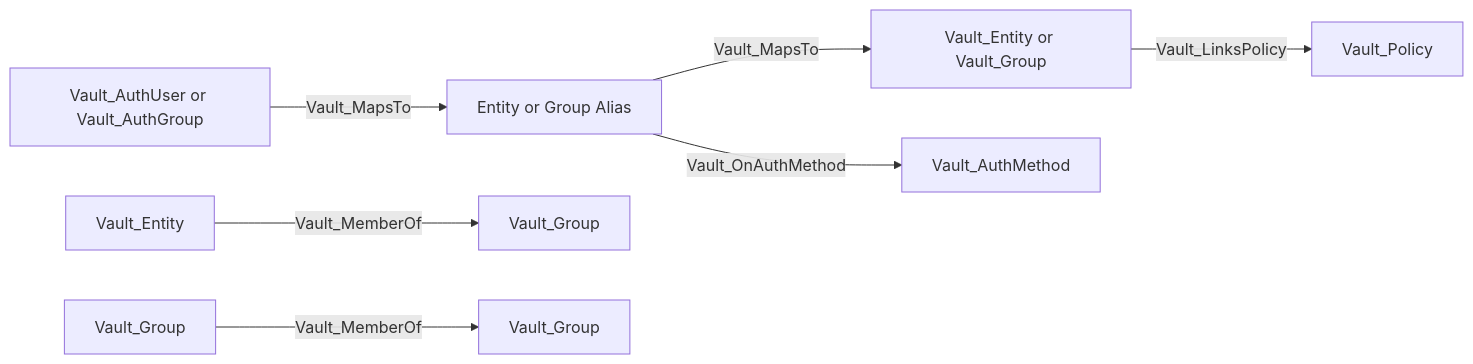
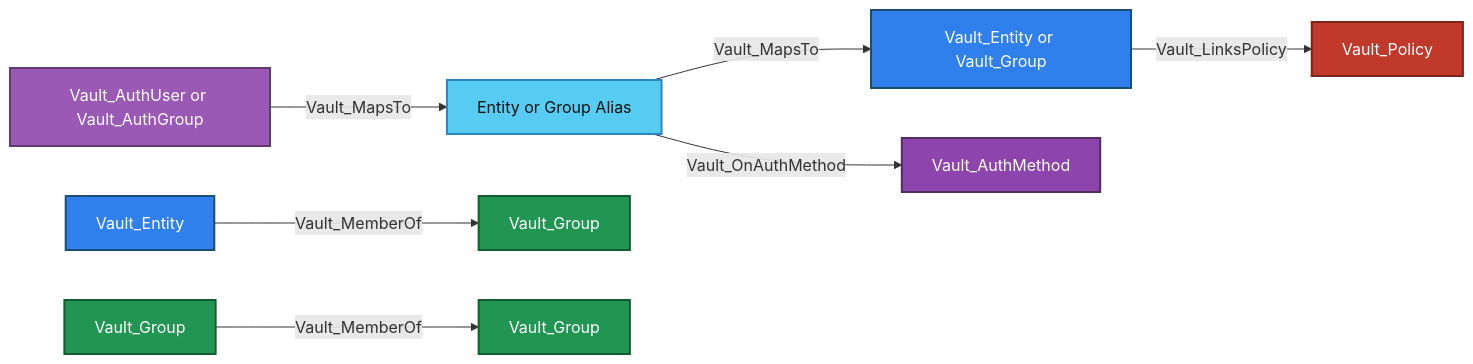
The second of 11 diagrams in Documentation/stores/IDENTITY.md (bytewreck/opengraph-vault), drawn with Mermaid before and after one commit. The commit also changed other lines of this file and 4 other files, not shown here.

````diff
--- a/Documentation/stores/IDENTITY.md
+++ b/Documentation/stores/IDENTITY.md
@@ -33,9 +41,17 @@
 ```mermaid
 flowchart LR
-    principal[Vault_AuthUser or Vault_AuthGroup] -->|Vault_MapsTo| alias[Entity or Group Alias]
-    alias -->|Vault_MapsTo| identity[Vault_Entity or Vault_Group]
-    alias -->|Vault_OnAuthMethod| method[Vault_AuthMethod]
-    entity[Vault_Entity] -->|Vault_MemberOf| group[Vault_Group]
-    child[Vault_Group] -->|Vault_MemberOf| parent[Vault_Group]
-    identity -->|Vault_LinksPolicy| policy[Vault_Policy]
+    principal[Vault_AuthUser or Vault_AuthGroup]:::authObjectNode -->|Vault_MapsTo| alias[Entity or Group Alias]:::aliasNode
+    alias -->|Vault_MapsTo| identity[Vault_Entity or Vault_Group]:::identityNode
+    alias -->|Vault_OnAuthMethod| method[Vault_AuthMethod]:::authMethodNode
+    entity[Vault_Entity]:::entityNode -->|Vault_MemberOf| group[Vault_Group]:::groupNode
+    child[Vault_Group]:::groupNode -->|Vault_MemberOf| parent[Vault_Group]:::groupNode
+    identity -->|Vault_LinksPolicy| policy[Vault_Policy]:::policyNode
+
+    classDef authObjectNode fill:#9B59B6,color:#fff,stroke:#633974,stroke-width:2px
+    classDef aliasNode fill:#56CCF2,color:#111,stroke:#2E86C1,stroke-width:2px
+    classDef identityNode fill:#2F80ED,color:#fff,stroke:#1B4F72,stroke-width:2px
+    classDef authMethodNode fill:#8E44AD,color:#fff,stroke:#512E5F,stroke-width:2px
+    classDef entityNode fill:#2F80ED,color:#fff,stroke:#1B4F72,stroke-width:2px
+    classDef groupNode fill:#219653,color:#fff,stroke:#145A32,stroke-width:2px
+    classDef policyNode fill:#C0392B,color:#fff,stroke:#7B241C,stroke-width:2px
 ```
````
